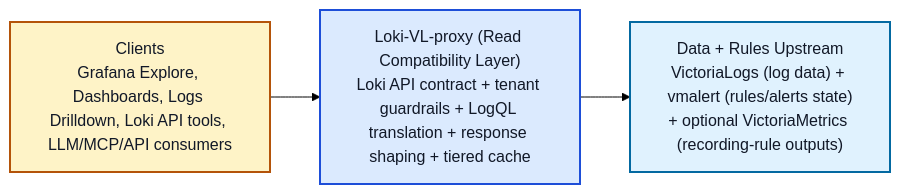
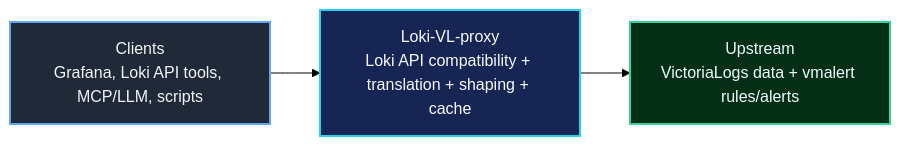
The first of 2 diagrams in README.md (ReliablyObserve/Loki-VL-proxy), drawn with Mermaid (forest theme) before and after one commit. The commit also changed other lines of this file and 10 other files, not shown here.

````diff
--- a/README.md
+++ b/README.md
@@ -24,12 +57,15 @@
 ```mermaid
 flowchart LR
-    A["Clients<br/>Grafana Explore, Dashboards, Logs Drilldown, Loki API tools, LLM/MCP/API consumers"]
-    B["Loki-VL-proxy (Read Compatibility Layer)<br/>Loki API contract + tenant guardrails + LogQL translation + response shaping + tiered cache"]
-    C["Data + Rules Upstream<br/>VictoriaLogs (log data) + vmalert (rules/alerts state)<br/>+ optional VictoriaMetrics (recording-rule outputs)"]
+    A[Clients<br/>Grafana, Loki API tools, MCP/LLM, scripts]
+    B[Loki-VL-proxy<br/>Loki API compatibility + translation + shaping + cache]
+    C[Upstream<br/>VictoriaLogs data + vmalert rules/alerts]
 
     A --> B --> C
 
-    style A fill:#fef3c7,stroke:#b45309,color:#111827,stroke-width:2px
-    style B fill:#dbeafe,stroke:#1d4ed8,color:#111827,stroke-width:2px
-    style C fill:#e0f2fe,stroke:#0369a1,color:#111827,stroke-width:2px
+    classDef client fill:#1f2937,stroke:#60a5fa,color:#f3f4f6,stroke-width:2px;
+    classDef proxy fill:#172554,stroke:#22d3ee,color:#f8fafc,stroke-width:2px;
+    classDef upstream fill:#052e16,stroke:#34d399,color:#ecfeff,stroke-width:2px;
+    class A client;
+    class B proxy;
+    class C upstream;
 ```
````
